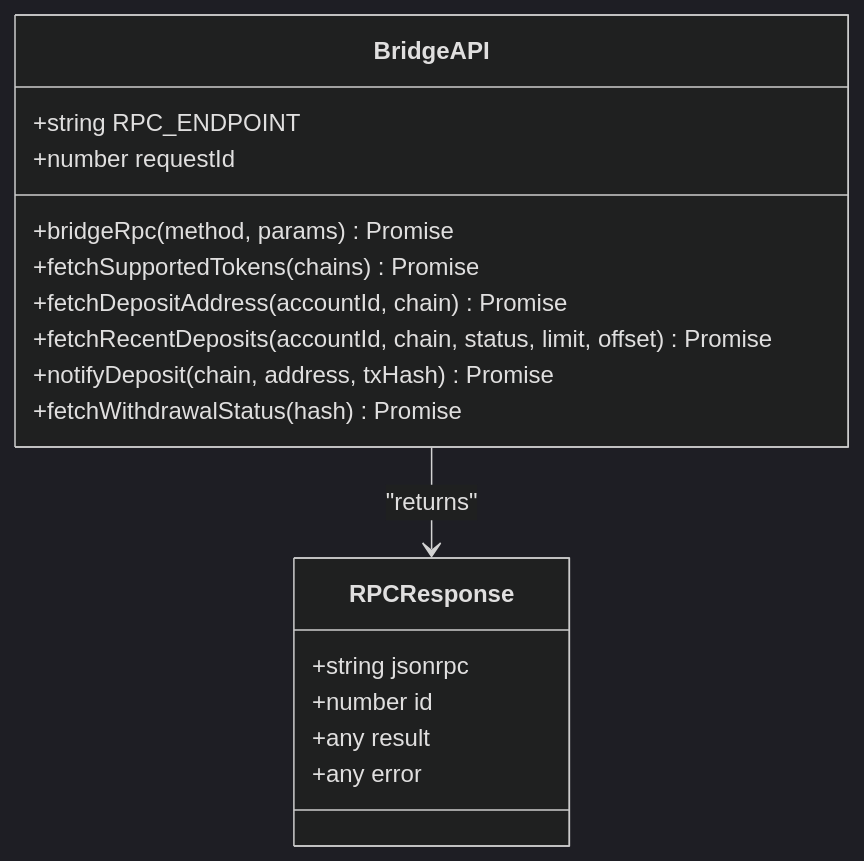
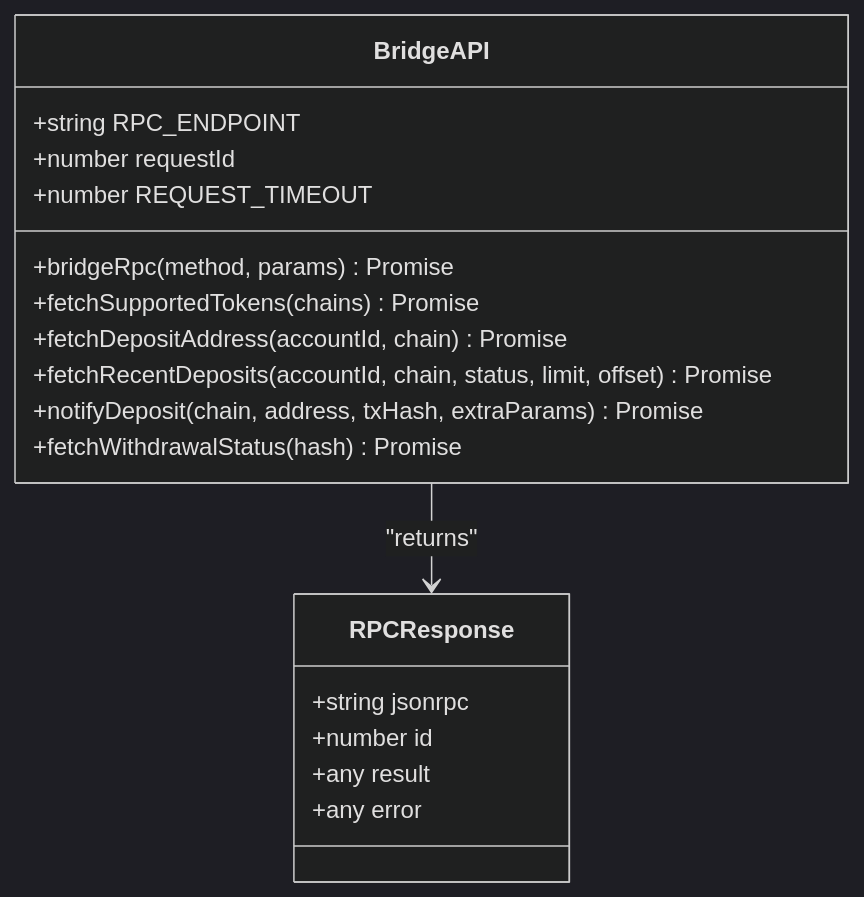
One commit to KaranMakani/deposit-fixer changed the third of 5 diagrams in .qoder/repowiki/en/content/Project Overview.md. Above: the diagram before and after it, drawn with Mermaid (dark theme). The commit also changed other lines of this file and 10 other files, not shown here.

````diff
--- a/.qoder/repowiki/en/content/Project Overview.md
+++ b/.qoder/repowiki/en/content/Project Overview.md
@@ -154,20 +178,21 @@
 ```mermaid
 classDiagram
 class BridgeAPI {
 +string RPC_ENDPOINT
 +number requestId
++number REQUEST_TIMEOUT
 +bridgeRpc(method, params) Promise
 +fetchSupportedTokens(chains) Promise
 +fetchDepositAddress(accountId, chain) Promise
 +fetchRecentDeposits(accountId, chain, status, limit, offset) Promise
-+notifyDeposit(chain, address, txHash) Promise
++notifyDeposit(chain, address, txHash, extraParams) Promise
 +fetchWithdrawalStatus(hash) Promise
 }
 class RPCResponse {
 +string jsonrpc
 +number id
 +any result
 +any error
 }
 BridgeAPI --> RPCResponse : "returns"
 ```
````
